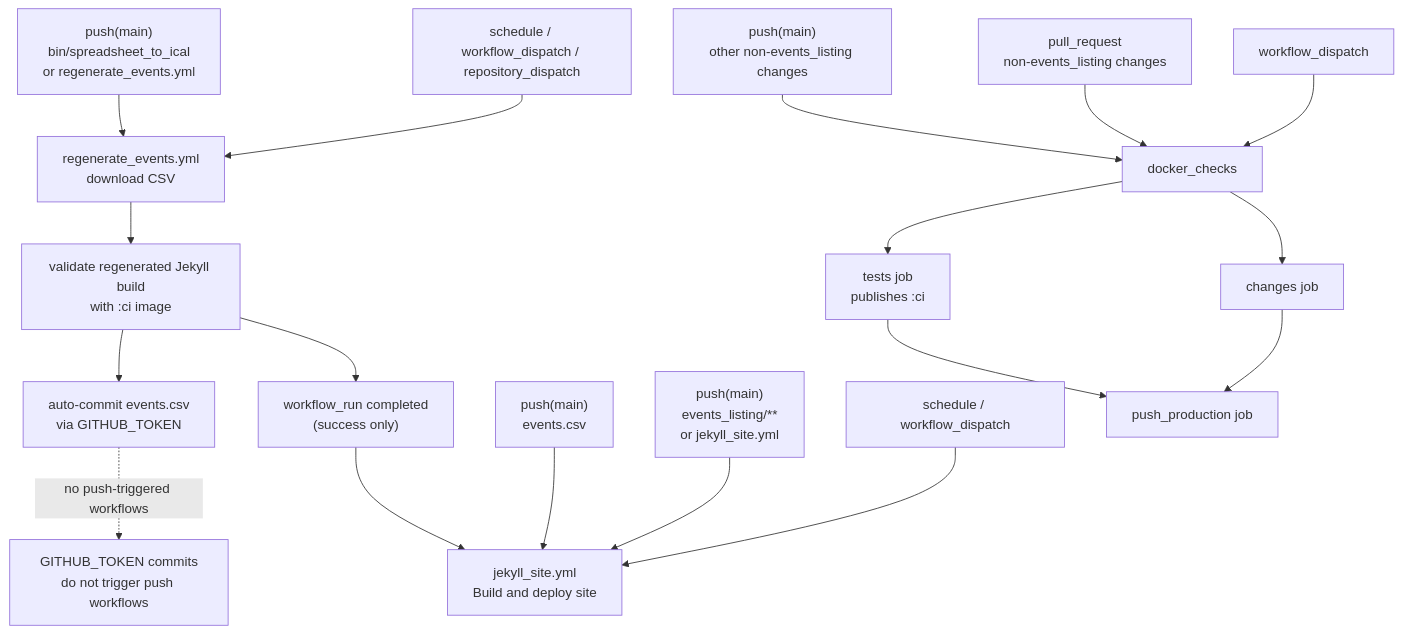
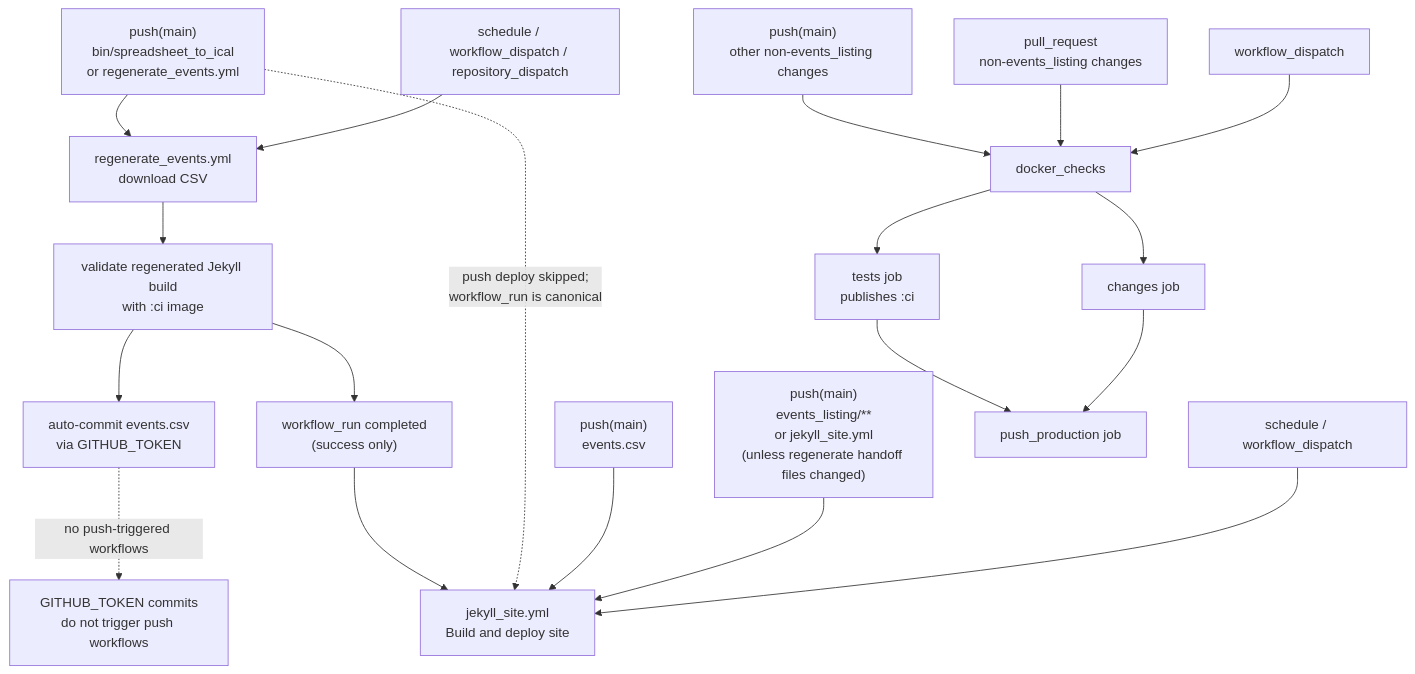
One commit to zewelor/ps_events changed the diagram in .github/workflows/README.md. Above: the diagram before and after it, drawn with Mermaid. The commit also changed other lines of this file and 4 other files, not shown here.

First line of the commit message:
fix(ci): simplify workflow handoff

````diff
--- a/.github/workflows/README.md
+++ b/.github/workflows/README.md
@@ -9,26 +9,27 @@
 ```mermaid
 flowchart TD
     push_regen["push(main)<br/>bin/spreadsheet_to_ical<br/>or regenerate_events.yml"] --> regenerate["regenerate_events.yml<br/>download CSV"]
     schedule_regen["schedule / workflow_dispatch / repository_dispatch"] --> regenerate
 
     regenerate --> regen_validate["validate regenerated Jekyll build<br/>with :ci image"]
     regen_validate --> regen_commit["auto-commit events.csv<br/>via GITHUB_TOKEN"]
     regen_validate --> regen_complete["workflow_run completed<br/>(success only)"]
     regen_complete --> jekyll["jekyll_site.yml<br/>Build and deploy site"]
 
     regen_commit -. no push-triggered workflows .-> token_note["GITHUB_TOKEN commits<br/>do not trigger push workflows"]
+    push_regen -. push deploy skipped;<br/>workflow_run is canonical .-> jekyll
 
     push_events["push(main)<br/>events.csv"] --> jekyll
 
-    push_site["push(main)<br/>events_listing/**<br/>or jekyll_site.yml"] --> jekyll
+    push_site["push(main)<br/>events_listing/**<br/>or jekyll_site.yml<br/>(unless regenerate handoff files changed)"] --> jekyll
     schedule_site["schedule / workflow_dispatch"] --> jekyll
 
     push_backend["push(main)<br/>other non-events_listing changes"] --> docker_checks
     pr_backend["pull_request<br/>non-events_listing changes"] --> docker_checks
     dispatch_backend["workflow_dispatch"] --> docker_checks
 
     docker_checks --> docker_tests["tests job<br/>publishes :ci"]
     docker_checks --> docker_changes["changes job"]
     docker_tests --> docker_production["push_production job"]
     docker_changes --> docker_production
 ```
````
